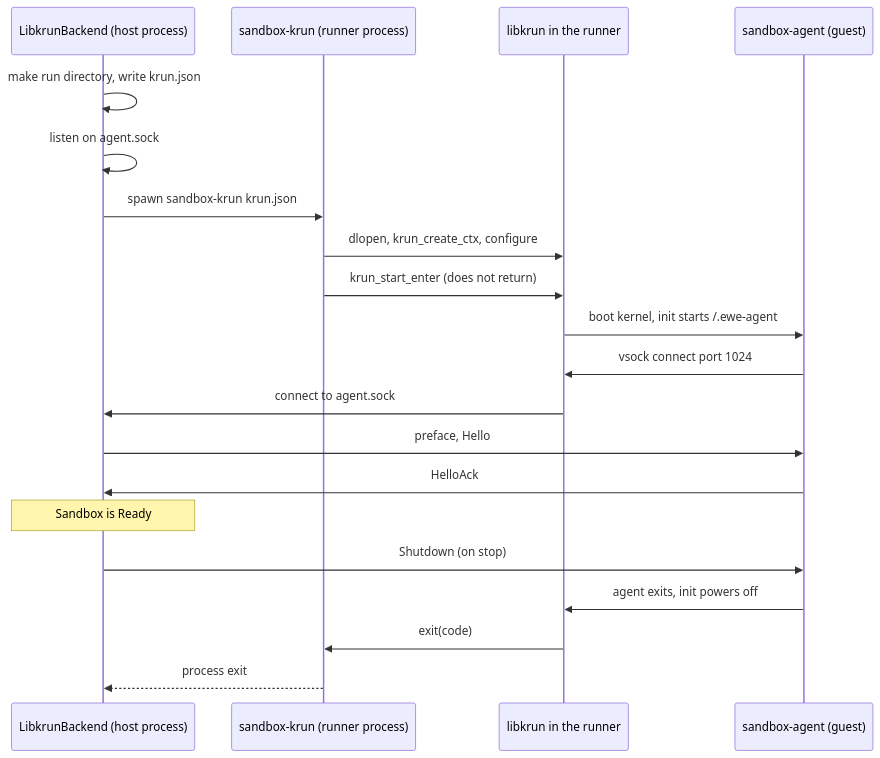
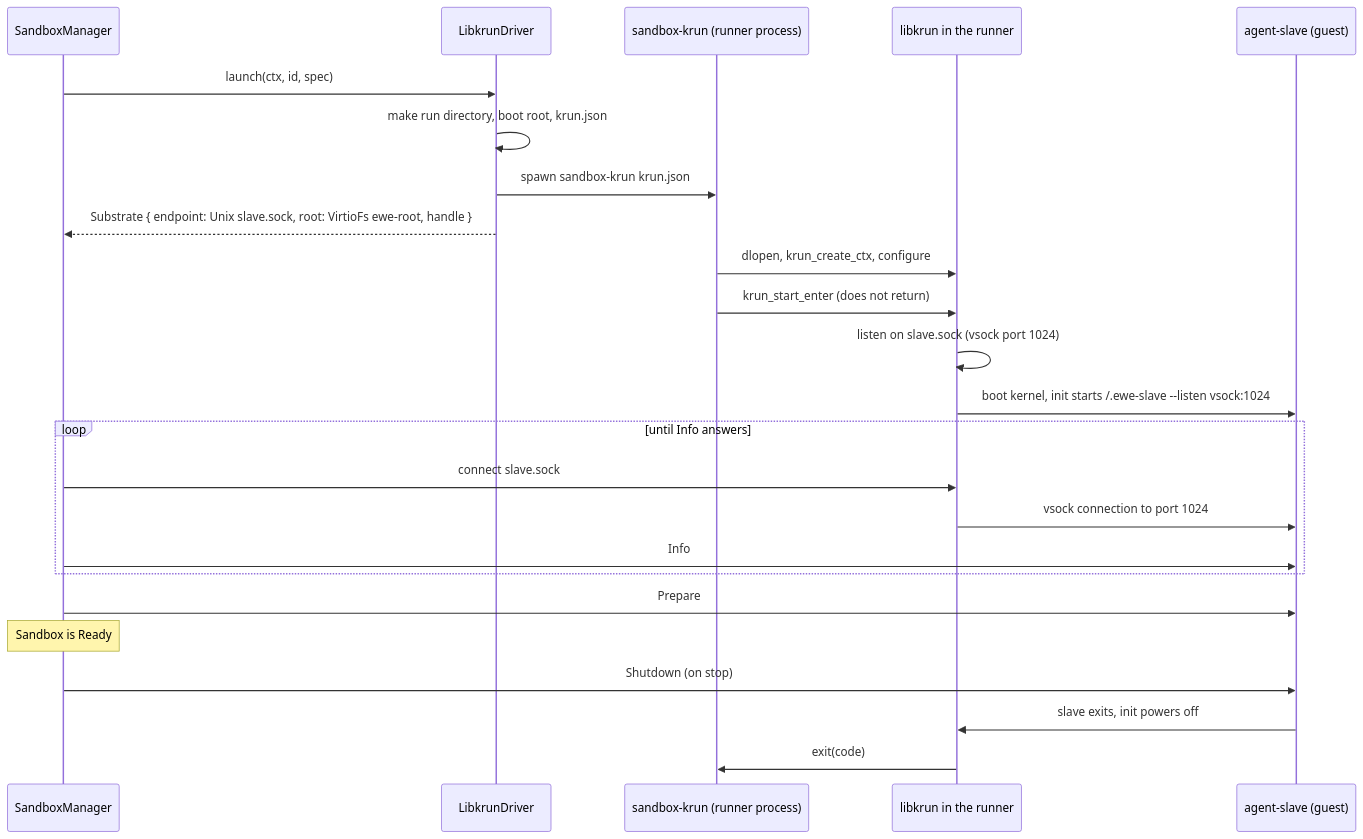
The diagram in specifications/77-foundation-platform-sandbox/features/09-libkrun-driver/feature.md (ewe-studios/ewe_platform), drawn with Mermaid before and after one commit. The commit also changed other lines of this file and 6 other files, not shown here.

First line of the commit message:
Spec 77: features 03, 04 and 09 to 11 in the control plane and slave design

````diff
--- a/specifications/77-foundation-platform-sandbox/features/09-libkrun-driver/feature.md
+++ b/specifications/77-foundation-platform-sandbox/features/09-libkrun-driver/feature.md
@@ -201,22 +196,26 @@
 ```mermaid
 sequenceDiagram
-  participant B as LibkrunBackend (host process)
+  participant M as SandboxManager
+  participant D as LibkrunDriver
   participant R as sandbox-krun (runner process)
   participant K as libkrun in the runner
-  participant A as sandbox-agent (guest)
-  B->>B: make run directory, write krun.json
-  B->>B: listen on agent.sock
-  B->>R: spawn sandbox-krun krun.json
+  participant S as agent-slave (guest)
+  M->>D: launch(ctx, id, spec)
+  D->>D: make run directory, boot root, krun.json
+  D->>R: spawn sandbox-krun krun.json
+  D-->>M: Substrate { endpoint: Unix slave.sock, root: VirtioFs ewe-root, handle }
   R->>K: dlopen, krun_create_ctx, configure
   R->>K: krun_start_enter (does not return)
-  K->>A: boot kernel, init starts /.ewe-agent
-  A->>K: vsock connect port 1024
-  K->>B: connect to agent.sock
-  B->>A: preface, Hello
-  A->>B: HelloAck
-  Note over B: Sandbox is Ready
-  B->>A: Shutdown (on stop)
-  A->>K: agent exits, init powers off
+  K->>K: listen on slave.sock (vsock port 1024)
+  K->>S: boot kernel, init starts /.ewe-slave --listen vsock:1024
+  loop until Info answers
+    M->>K: connect slave.sock
+    K->>S: vsock connection to port 1024
+    M->>S: Info
+  end
+  M->>S: Prepare
+  Note over M: Sandbox is Ready
+  M->>S: Shutdown (on stop)
+  S->>K: slave exits, init powers off
   K->>R: exit(code)
-  R-->>B: process exit
 ```
````
